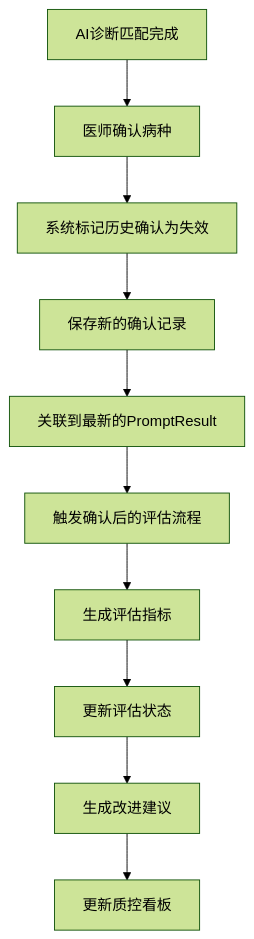
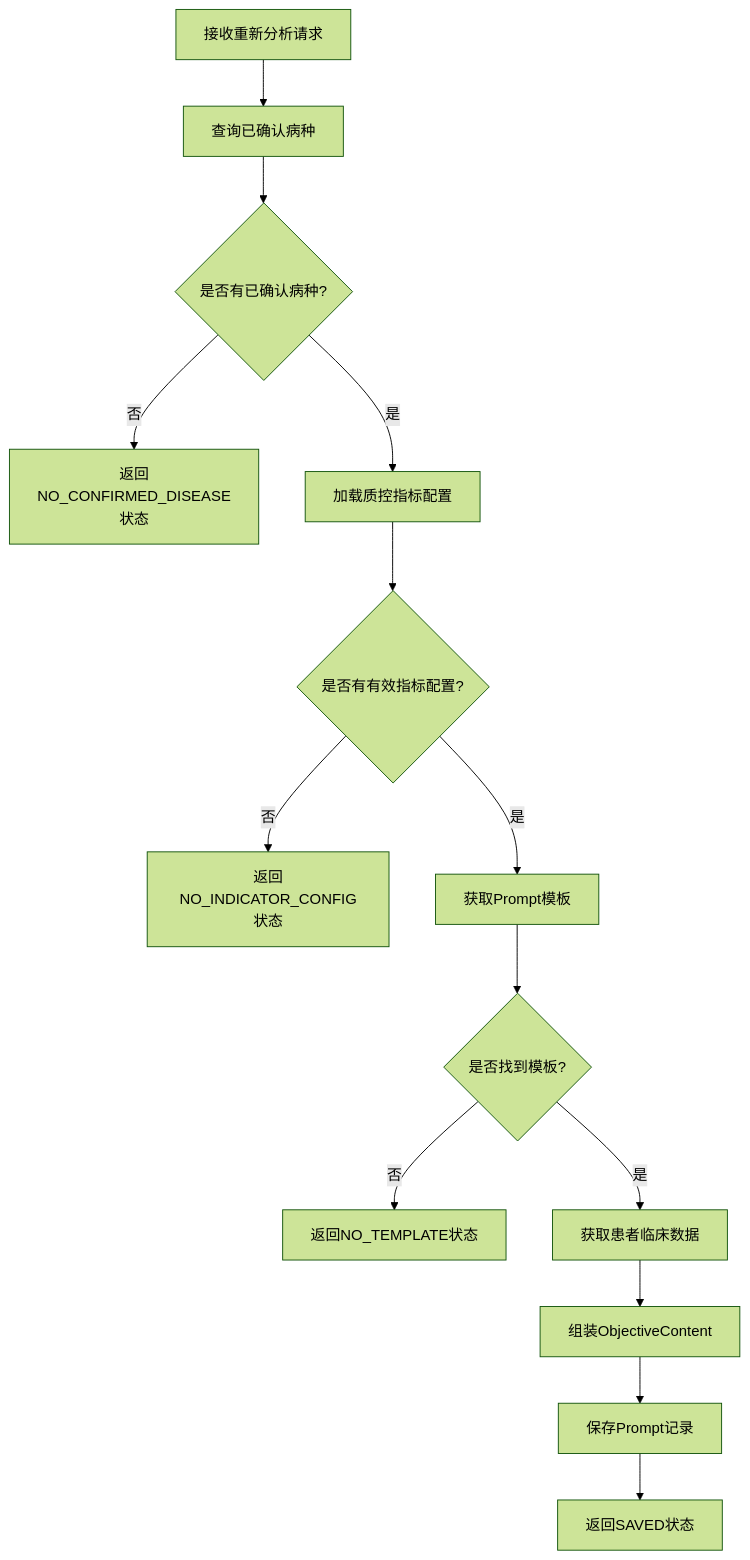
One commit to liuzh2008/med_ai_assistant_workspace changed the seventh of 11 diagrams in .qoder/repowiki/zh/content/QC评估引擎.md. Above: the diagram before and after it, drawn with Mermaid (forest theme). The commit also changed other lines of this file and 5 other files, not shown here.

````diff
--- a/.qoder/repowiki/zh/content/QC评估引擎.md
+++ b/.qoder/repowiki/zh/content/QC评估引擎.md
@@ -519,12 +448,16 @@
 ```mermaid
 flowchart TD
-A[AI诊断匹配完成] --> B[医师确认病种]
-B --> C[系统标记历史确认为失效]
-C --> D[保存新的确认记录]
-D --> E[关联到最新的PromptResult]
-E --> F[触发确认后的评估流程]
-F --> G[生成评估指标]
-G --> H[更新评估状态]
-H --> I[生成改进建议]
-I --> J[更新质控看板]
+A[接收重新分析请求] --> B[查询已确认病种]
+B --> C{是否有已确认病种?}
+C --> |否| D[返回NO_CONFIRMED_DISEASE状态]
+C --> |是| E[加载质控指标配置]
+E --> F{是否有有效指标配置?}
+F --> |否| G[返回NO_INDICATOR_CONFIG状态]
+F --> |是| H[获取Prompt模板]
+H --> I{是否找到模板?}
+I --> |否| J[返回NO_TEMPLATE状态]
+I --> |是| K[获取患者临床数据]
+K --> L[组装ObjectiveContent]
+L --> M[保存Prompt记录]
+M --> N[返回SAVED状态]
 ```
````
